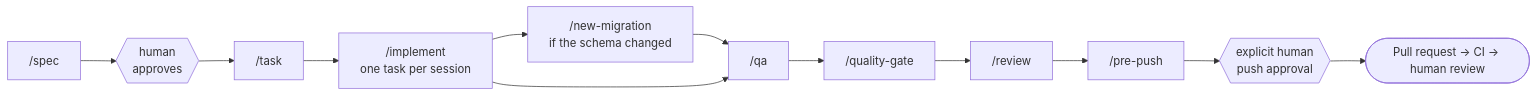
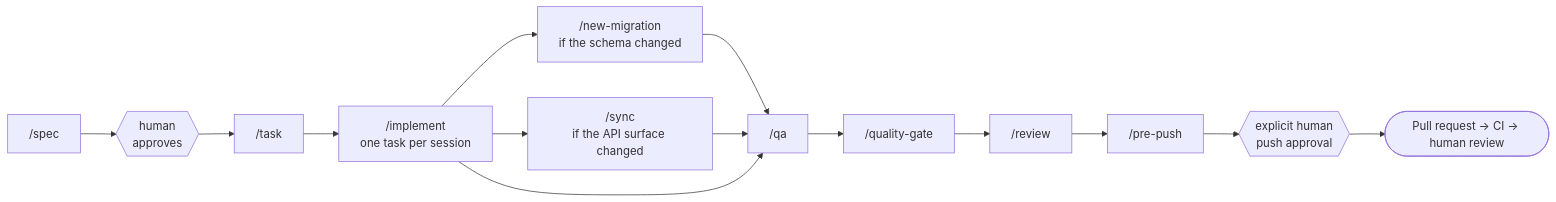
One commit to Emadkhanqai/aj-boilerplate-be changed the fourth of 5 diagrams in docs/workflow.md. Above: the diagram before and after it, drawn with Mermaid. The commit also changed other lines of this file and 283 other files, not shown here.

````diff
--- a/docs/workflow.md
+++ b/docs/workflow.md
@@ -217,14 +218,16 @@
 ```mermaid
 flowchart LR
   SPEC["/spec"] --> HUMAN{{"human<br/>approves"}}
   HUMAN --> TASK["/task"]
   TASK --> IMPL["/implement<br/>one task per session"]
   IMPL --> MIG["/new-migration<br/>if the schema changed"]
+  IMPL --> SYNC["/sync<br/>if the API surface changed"]
   MIG --> QA["/qa"]
+  SYNC --> QA
   IMPL --> QA
   QA --> QG["/quality-gate"]
   QG --> REV["/review"]
   REV --> PP["/pre-push"]
   PP --> ASK{{"explicit human<br/>push approval"}}
   ASK --> PR(["Pull request → CI → human review"])
 ```
````
